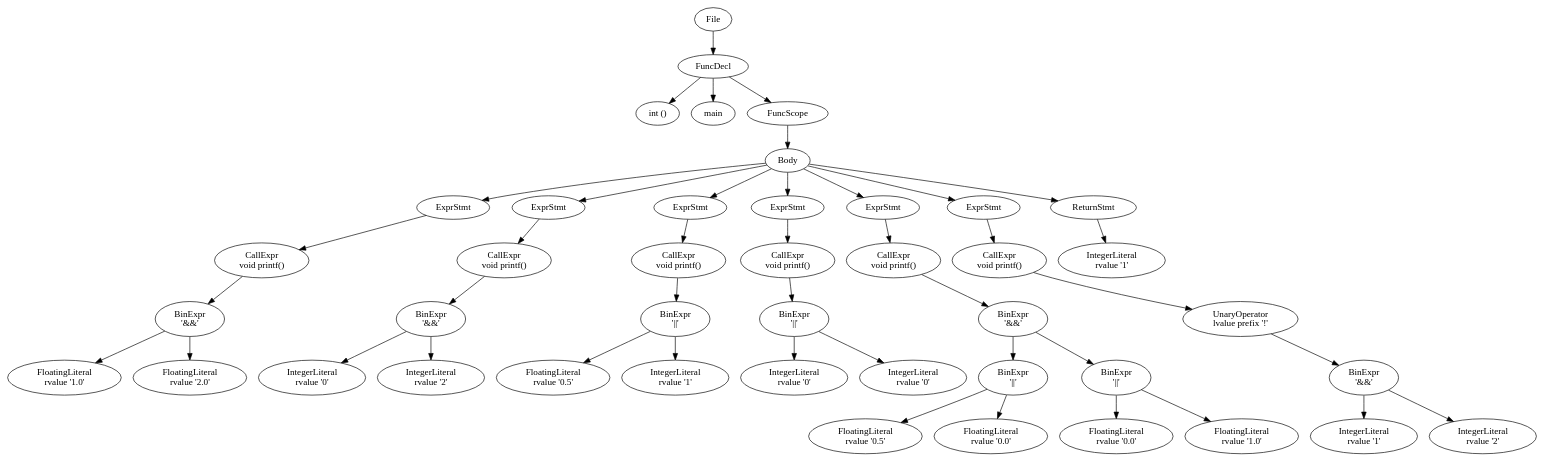
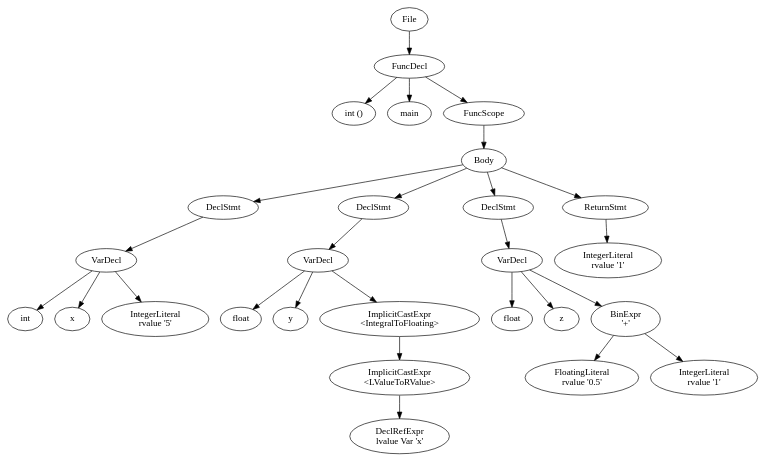
Before and after one commit to LarsDeLeeuw/Compilers: the diagram in src/output.dot, drawn with Graphviz. The commit also changed 7 other files, not shown here.

```diff
--- a/src/output.dot
+++ b/src/output.dot
@@ -1,116 +1,62 @@
 digraph {n0 [label="File"];
 n1 [label="FuncDecl"];
 n2 [label="int ()"];
 n3 [label="main"];
 n4 [label="FuncScope"];
 n6 [label="Body"];
-n8 [label="ExprStmt"];
-n9 [label="CallExpr
-void printf()"];
-n12 [label="BinExpr
-'&&'"];
-n13 [label="FloatingLiteral
-rvalue '1.0'"];
-n14 [label="FloatingLiteral
-rvalue '2.0'"];
-n15 [label="ExprStmt"];
-n16 [label="CallExpr
-void printf()"];
-n19 [label="BinExpr
-'&&'"];
-n20 [label="IntegerLiteral
-rvalue '0'"];
-n21 [label="IntegerLiteral
-rvalue '2'"];
-n22 [label="ExprStmt"];
-n23 [label="CallExpr
-void printf()"];
-n26 [label="BinExpr
-'||'"];
-n27 [label="FloatingLiteral
+n8 [label="DeclStmt"];
+n9 [label="VarDecl"];
+n10 [label="int"];
+n11 [label="x"];
+n12 [label="IntegerLiteral
+rvalue '5'"];
+n13 [label="DeclStmt"];
+n14 [label="VarDecl"];
+n15 [label="float"];
+n16 [label="y"];
+n17 [label="ImplicitCastExpr
+<IntegralToFloating>"];
+n18 [label="ImplicitCastExpr
+<LValueToRValue>"];
+n19 [label="DeclRefExpr
+lvalue Var 'x'"];
+n20 [label="DeclStmt"];
+n21 [label="VarDecl"];
+n22 [label="float"];
+n23 [label="z"];
+n24 [label="BinExpr
+'+'"];
+n25 [label="FloatingLiteral
 rvalue '0.5'"];
+n26 [label="IntegerLiteral
+rvalue '1'"];
+n27 [label="ReturnStmt"];
 n28 [label="IntegerLiteral
-rvalue '1'"];
-n29 [label="ExprStmt"];
-n30 [label="CallExpr
-void printf()"];
-n33 [label="BinExpr
-'||'"];
-n34 [label="IntegerLiteral
-rvalue '0'"];
-n35 [label="IntegerLiteral
-rvalue '0'"];
-n36 [label="ExprStmt"];
-n37 [label="CallExpr
-void printf()"];
-n40 [label="BinExpr
-'&&'"];
-n41 [label="BinExpr
-'||'"];
-n42 [label="FloatingLiteral
-rvalue '0.5'"];
-n43 [label="FloatingLiteral
-rvalue '0.0'"];
-n44 [label="BinExpr
-'||'"];
-n45 [label="FloatingLiteral
-rvalue '0.0'"];
-n46 [label="FloatingLiteral
-rvalue '1.0'"];
-n47 [label="ExprStmt"];
-n48 [label="CallExpr
-void printf()"];
-n51 [label="UnaryOperator
-lvalue prefix '!'"];
-n52 [label="BinExpr
-'&&'"];
-n53 [label="IntegerLiteral
-rvalue '1'"];
-n54 [label="IntegerLiteral
-rvalue '2'"];
-n55 [label="ReturnStmt"];
-n56 [label="IntegerLiteral
 rvalue '1'"];
 n0 -> n1
 n1 -> n2
 n1 -> n3
 n1 -> n4
 n4 -> n6
 n6 -> n8
 n8 -> n9
+n9 -> n10
+n9 -> n11
 n9 -> n12
-n12 -> n13
-n12 -> n14
-n6 -> n15
-n15 -> n16
-n16 -> n19
-n19 -> n20
-n19 -> n21
-n6 -> n22
-n22 -> n23
-n23 -> n26
-n26 -> n27
-n26 -> n28
-n6 -> n29
-n29 -> n30
-n30 -> n33
-n33 -> n34
-n33 -> n35
-n6 -> n36
-n36 -> n37
-n37 -> n40
-n40 -> n41
-n41 -> n42
-n41 -> n43
-n40 -> n44
-n44 -> n45
-n44 -> n46
-n6 -> n47
-n47 -> n48
-n48 -> n51
-n51 -> n52
-n52 -> n53
-n52 -> n54
-n6 -> n55
-n55 -> n56
+n6 -> n13
+n13 -> n14
+n14 -> n15
+n14 -> n16
+n14 -> n17
+n17 -> n18
+n18 -> n19
+n6 -> n20
+n20 -> n21
+n21 -> n22
+n21 -> n23
+n21 -> n24
+n24 -> n25
+n24 -> n26
+n6 -> n27
+n27 -> n28
 }
```
